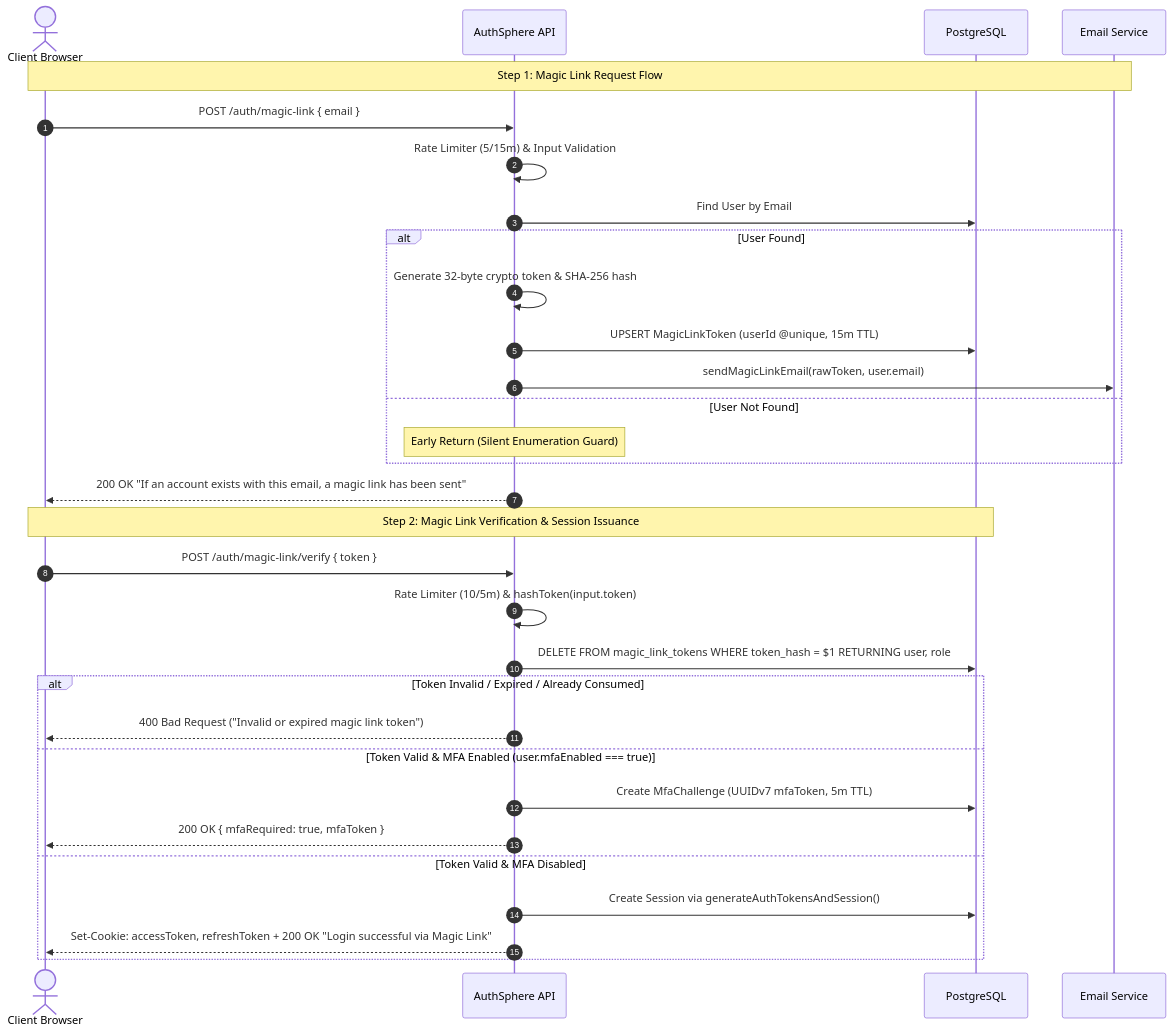
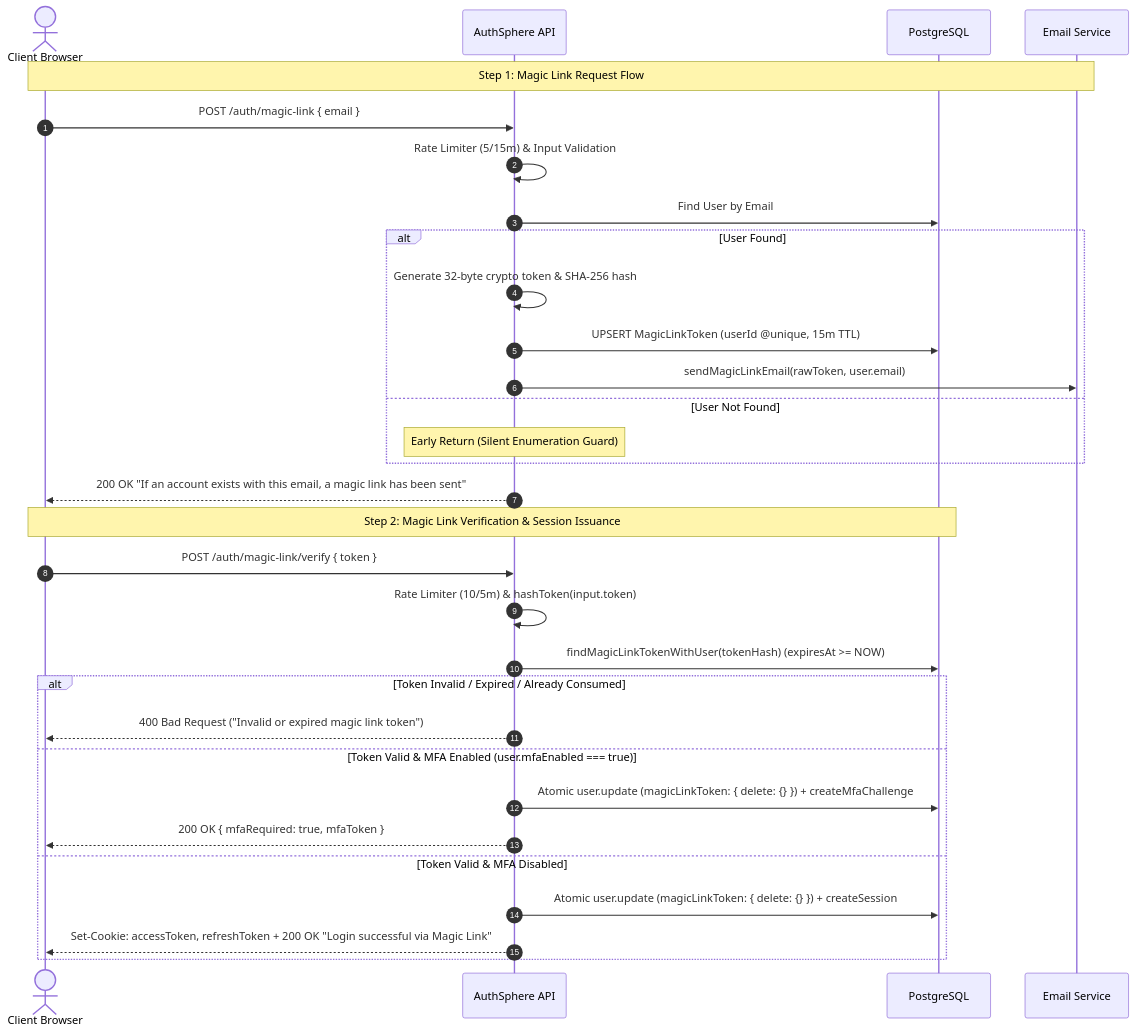
Before and after one commit to utkarshj014/authsphere: the seventh of 7 diagrams in docs/ARCHITECTURE.md, drawn with Mermaid. The commit also changed other lines of this file and 3 other files, not shown here.

````diff
--- a/docs/ARCHITECTURE.md
+++ b/docs/ARCHITECTURE.md
@@ -351,35 +360,35 @@
 ```mermaid
 sequenceDiagram
     autonumber
     actor User as Client Browser
     participant API as AuthSphere API
     participant DB as PostgreSQL
     participant Email as Email Service
 
     Note over User, Email: Step 1: Magic Link Request Flow
     User->>API: POST /auth/magic-link { email }
     API->>API: Rate Limiter (5/15m) & Input Validation
     API->>DB: Find User by Email
     alt User Found
         API->>API: Generate 32-byte crypto token & SHA-256 hash
         API->>DB: UPSERT MagicLinkToken (userId @unique, 15m TTL)
         API->>Email: sendMagicLinkEmail(rawToken, user.email)
     else User Not Found
         Note over API: Early Return (Silent Enumeration Guard)
     end
     API-->>User: 200 OK "If an account exists with this email, a magic link has been sent"
 
     Note over User, DB: Step 2: Magic Link Verification & Session Issuance
     User->>API: POST /auth/magic-link/verify { token }
     API->>API: Rate Limiter (10/5m) & hashToken(input.token)
-    API->>DB: DELETE FROM magic_link_tokens WHERE token_hash = $1 RETURNING user, role
+    API->>DB: findMagicLinkTokenWithUser(tokenHash) (expiresAt >= NOW)
     alt Token Invalid / Expired / Already Consumed
         API-->>User: 400 Bad Request ("Invalid or expired magic link token")
     else Token Valid & MFA Enabled (user.mfaEnabled === true)
-        API->>DB: Create MfaChallenge (UUIDv7 mfaToken, 5m TTL)
+        API->>DB: Atomic user.update (magicLinkToken: { delete: {} }) + createMfaChallenge
         API-->>User: 200 OK { mfaRequired: true, mfaToken }
     else Token Valid & MFA Disabled
-        API->>DB: Create Session via generateAuthTokensAndSession()
+        API->>DB: Atomic user.update (magicLinkToken: { delete: {} }) + createSession
         API-->>User: Set-Cookie: accessToken, refreshToken + 200 OK "Login successful via Magic Link"
     end
 ```
````
